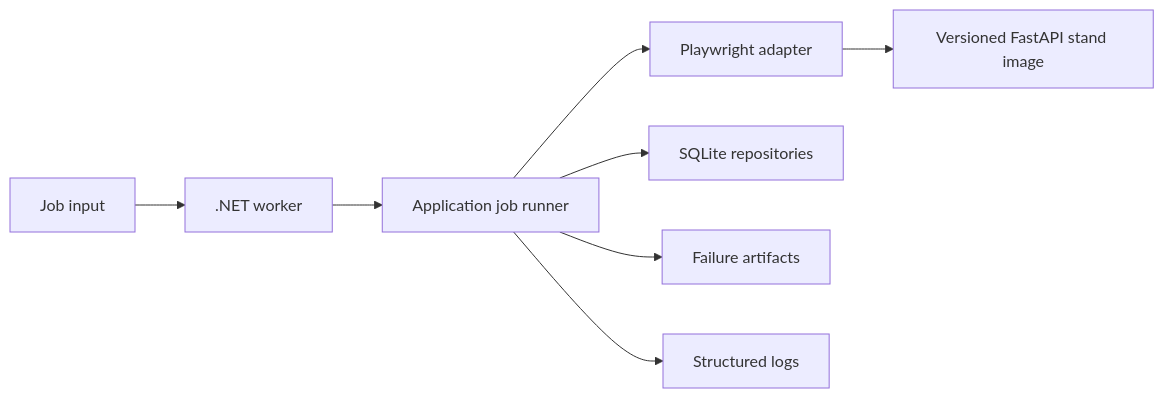
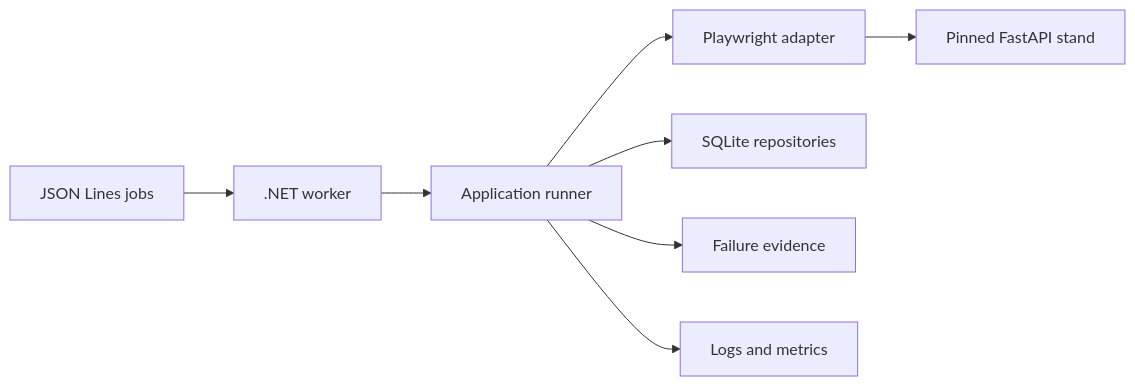
One commit to bockuden/resilient-browser-automation changed the diagram in README.md. Above: the diagram before and after it, drawn with Mermaid. The commit also changed other lines of this file and 15 other files, not shown here.

````diff
--- a/README.md
+++ b/README.md
@@ -69,10 +76,10 @@
 ```mermaid
 flowchart LR
-    Q["Job input"] --> W[".NET worker"]
-    W --> A["Application job runner"]
+    Q["JSON Lines jobs"] --> W[".NET worker"]
+    W --> A["Application runner"]
     A --> P["Playwright adapter"]
     A --> S["SQLite repositories"]
-    P --> D["Versioned FastAPI stand image"]
-    A --> F["Failure artifacts"]
-    A --> L["Structured logs"]
+    P --> D["Pinned FastAPI stand"]
+    A --> F["Failure evidence"]
+    A --> O["Logs and metrics"]
 ```
````
